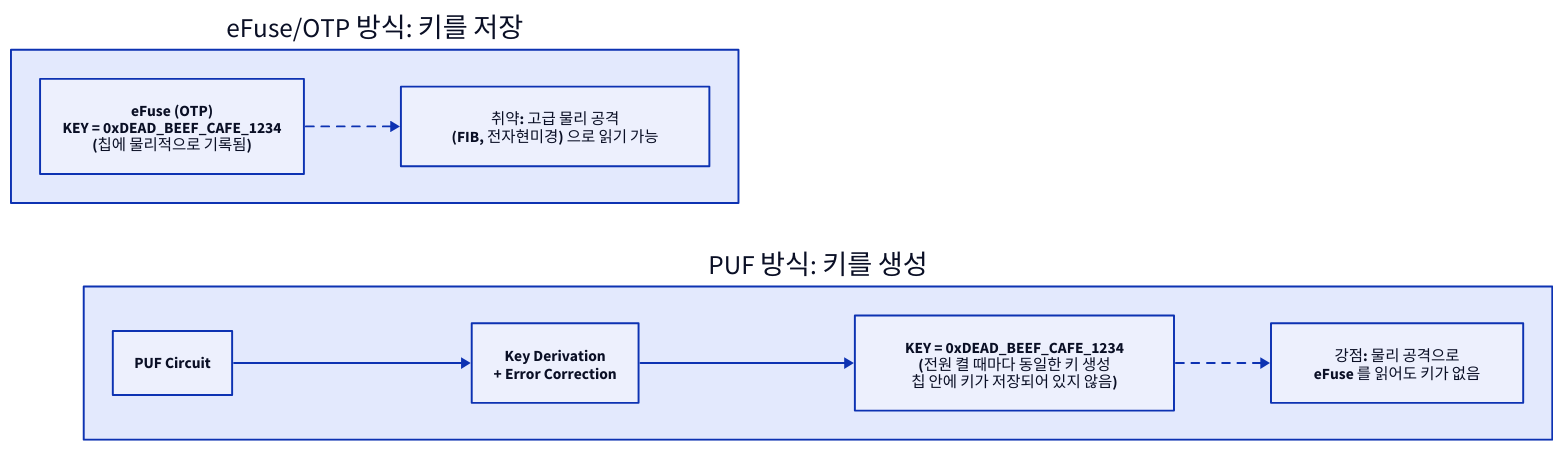
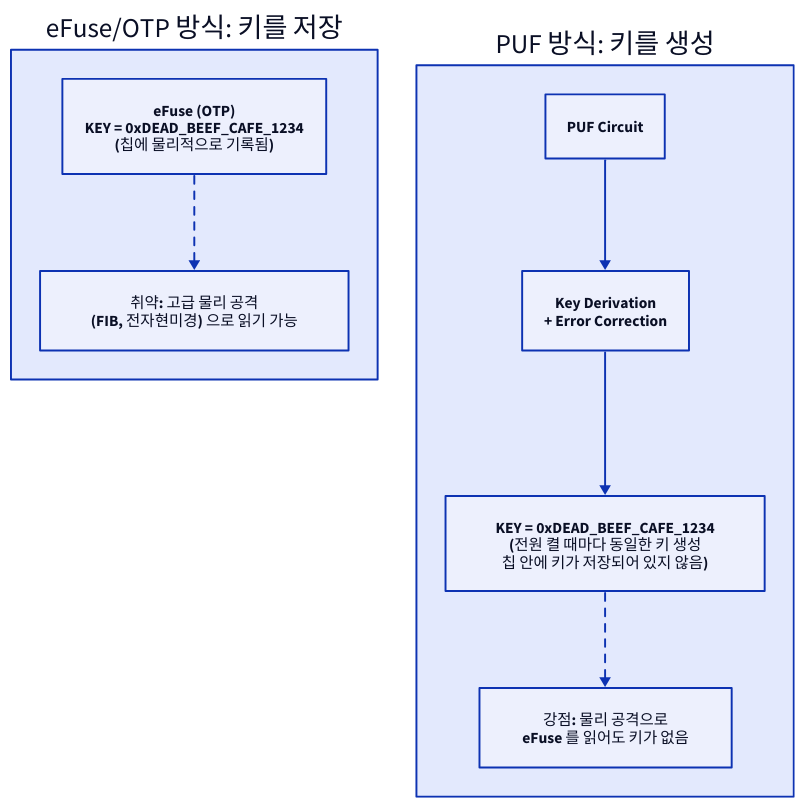
Before and after one commit to humbleowl39/DV_SKOOL: the sixth of 8 diagrams in topics/soc_secure_boot/docs/01_hardware_root_of_trust.md, drawn with D2. The commit also changed other lines of this file and 90 other files, not shown here.

First line of the commit message:
docs: 전 토픽 다이어그램 정비 — ASCII→D2, mermaid→D2, 과대 D2 가시성 수정

````diff
--- a/topics/soc_secure_boot/docs/01_hardware_root_of_trust.md
+++ b/topics/soc_secure_boot/docs/01_hardware_root_of_trust.md
@@ -372,20 +356,20 @@
 ```d2
-direction: right
+direction: down
 
 EFUSE: "eFuse/OTP 방식: 키를 저장" {
-  direction: right
+  direction: down
   EF: "eFuse (OTP)\nKEY = 0xDEAD_BEEF_CAFE_1234\n(칩에 물리적으로 기록됨)"
   EFNOTE: "취약: 고급 물리 공격\n(FIB, 전자현미경) 으로 읽기 가능"
   EF -> EFNOTE { style.stroke-dash: 4 }
 }
 PUF: "PUF 방식: 키를 생성" {
-  direction: right
+  direction: down
   PC: "PUF Circuit"
   KD: "Key Derivation\n+ Error Correction"
   KOUT: "KEY = 0xDEAD_BEEF_CAFE_1234\n(전원 켤 때마다 동일한 키 생성\n칩 안에 키가 저장되어 있지 않음)"
   PNOTE: "강점: 물리 공격으로\neFuse 를 읽어도 키가 없음"
   PC -> KD
   KD -> KOUT
   KOUT -> PNOTE { style.stroke-dash: 4 }
 }
 ```
````
